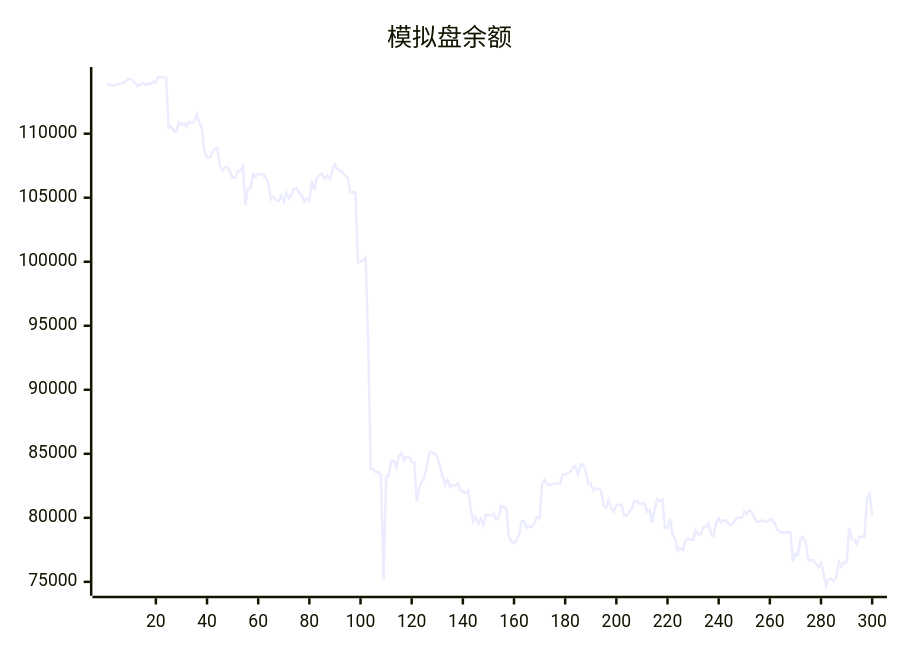
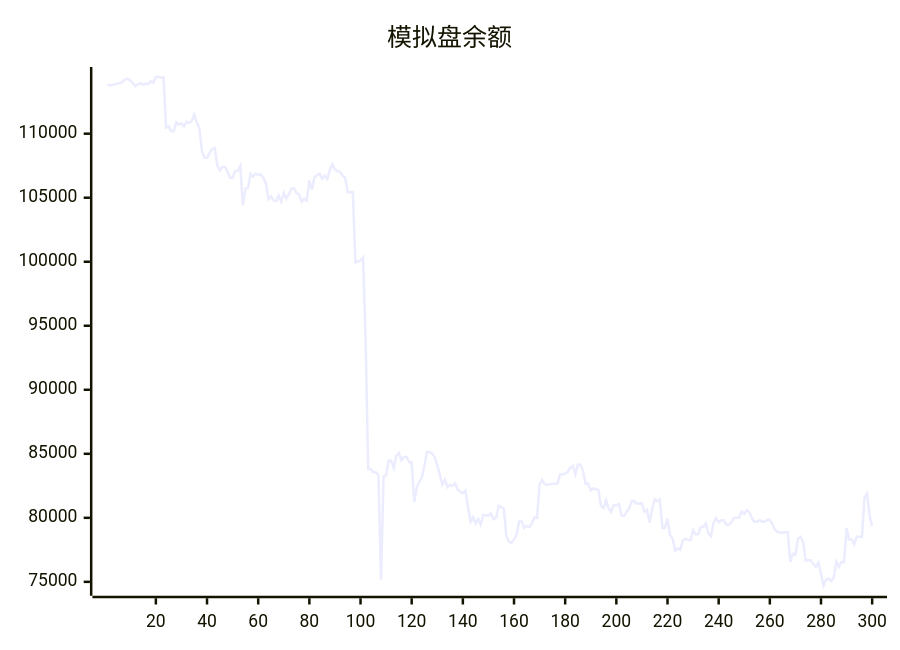
One commit to aahl/ai-trading changed the diagram in README.md. Above: the diagram before and after it, drawn with Mermaid. The commit also changed other lines of this file and 1 other file, not shown here.

````diff
--- a/README.md
+++ b/README.md
@@ -5,5 +5,5 @@
 ```mermaid
 xychart
     title "模拟盘余额"
-    line [113901,113794,113784,113810,113848,113927,113929,114064,114232,114293,114144,113960,113698,113853,113942,113812,113908,113877,114091,113998,114427,114422,114384,114384,110477,110576,110198,110198,110890,110712,110812,110569,110929,110847,110968,111478,110870,110433,108661,108116,108115,108485,108797,108877,107536,107134,107393,107393,107046,106565,106565,107081,107081,107478,104404,105715,105749,106866,106651,106889,106771,106816,106565,106141,104876,105103,104796,104734,105169,104690,105380,104941,105272,105709,105739,105374,105227,104691,104924,104762,106364,105628,106608,106748,106872,106485,106721,106468,107132,107620,107224,107080,107001,106717,106567,105431,105431,105440,99950,100017,100113,100337,93749,83795,83807,83567,83567,83342,75168,83222,83336,84448,84449,83896,84839,85065,84499,84757,84757,84364,84347,81254,82385,82835,83184,84099,85150,85150,85002,84751,84096,83356,82582,82983,82404,82572,82512,82688,82200,82047,81920,82125,80840,79688,80060,79552,79920,79470,80236,80208,80170,80336,79894,80006,80954,80837,80712,78561,78139,78037,78293,78682,79720,79720,79214,79372,79279,79591,80046,79993,82625,82950,82626,82571,82633,82670,82670,82681,83386,83378,83464,83579,83920,84037,83402,84160,84142,83652,82655,82655,82145,82315,82243,82163,80934,80770,81371,80742,80468,80989,80989,81067,80191,80155,80450,80737,81309,81309,81106,81119,81119,80471,80631,79624,80670,81448,81290,81429,79212,79222,79940,78643,78380,77432,77623,77504,78235,78358,78284,78277,79048,78714,78714,79290,79308,79567,78763,78563,79603,79988,79652,79813,79813,79476,79469,79673,79995,80015,80015,80486,80314,80600,80436,79966,79689,79689,79819,79692,79692,79850,79850,79518,79071,78889,78850,78850,78878,78878,76554,77202,77103,78357,78510,78106,76678,76677,76672,76411,76159,76485,75656,74695,75197,75246,75052,75334,76564,76179,76553,76551,79196,78300,78300,77944,78531,78531,78521,81564,81884,80160]
+    line [113794,113784,113810,113848,113927,113929,114064,114232,114293,114144,113960,113698,113853,113942,113812,113908,113877,114091,113998,114427,114422,114384,114384,110477,110576,110198,110198,110890,110712,110812,110569,110929,110847,110968,111478,110870,110433,108661,108116,108115,108485,108797,108877,107536,107134,107393,107393,107046,106565,106565,107081,107081,107478,104404,105715,105749,106866,106651,106889,106771,106816,106565,106141,104876,105103,104796,104734,105169,104690,105380,104941,105272,105709,105739,105374,105227,104691,104924,104762,106364,105628,106608,106748,106872,106485,106721,106468,107132,107620,107224,107080,107001,106717,106567,105431,105431,105440,99950,100017,100113,100337,93749,83795,83807,83567,83567,83342,75168,83222,83336,84448,84449,83896,84839,85065,84499,84757,84757,84364,84347,81254,82385,82835,83184,84099,85150,85150,85002,84751,84096,83356,82582,82983,82404,82572,82512,82688,82200,82047,81920,82125,80840,79688,80060,79552,79920,79470,80236,80208,80170,80336,79894,80006,80954,80837,80712,78561,78139,78037,78293,78682,79720,79720,79214,79372,79279,79591,80046,79993,82625,82950,82626,82571,82633,82670,82670,82681,83386,83378,83464,83579,83920,84037,83402,84160,84142,83652,82655,82655,82145,82315,82243,82163,80934,80770,81371,80742,80468,80989,80989,81067,80191,80155,80450,80737,81309,81309,81106,81119,81119,80471,80631,79624,80670,81448,81290,81429,79212,79222,79940,78643,78380,77432,77623,77504,78235,78358,78284,78277,79048,78714,78714,79290,79308,79567,78763,78563,79603,79988,79652,79813,79813,79476,79469,79673,79995,80015,80015,80486,80314,80600,80436,79966,79689,79689,79819,79692,79692,79850,79850,79518,79071,78889,78850,78850,78878,78878,76554,77202,77103,78357,78510,78106,76678,76677,76672,76411,76159,76485,75656,74695,75197,75246,75052,75334,76564,76179,76553,76551,79196,78300,78300,77944,78531,78531,78521,81564,81884,80160,79335]
 ```
````
